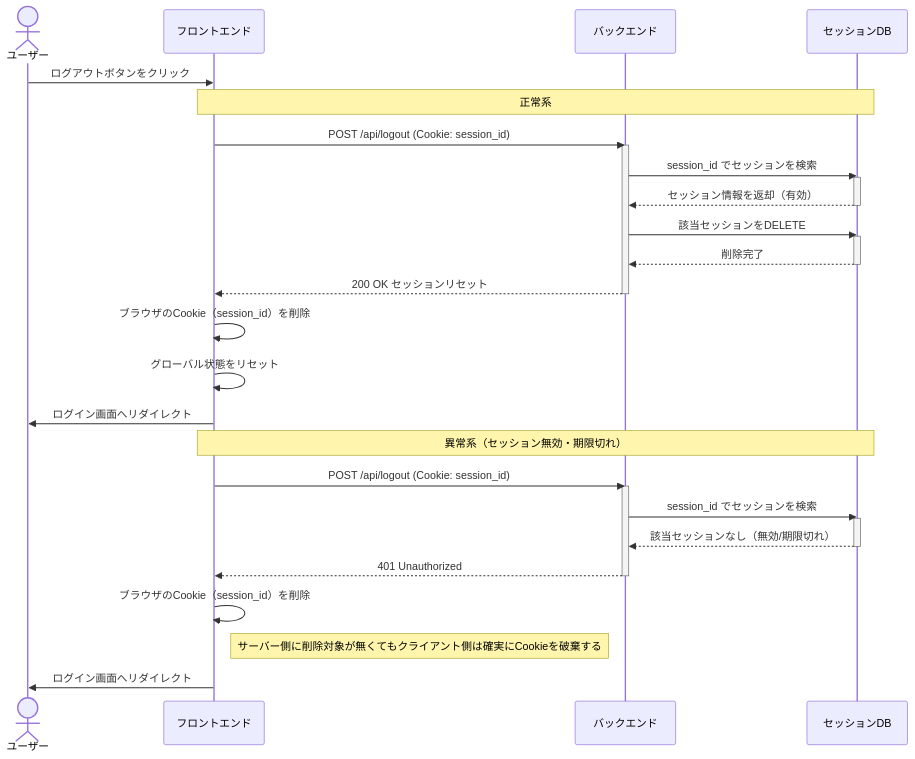
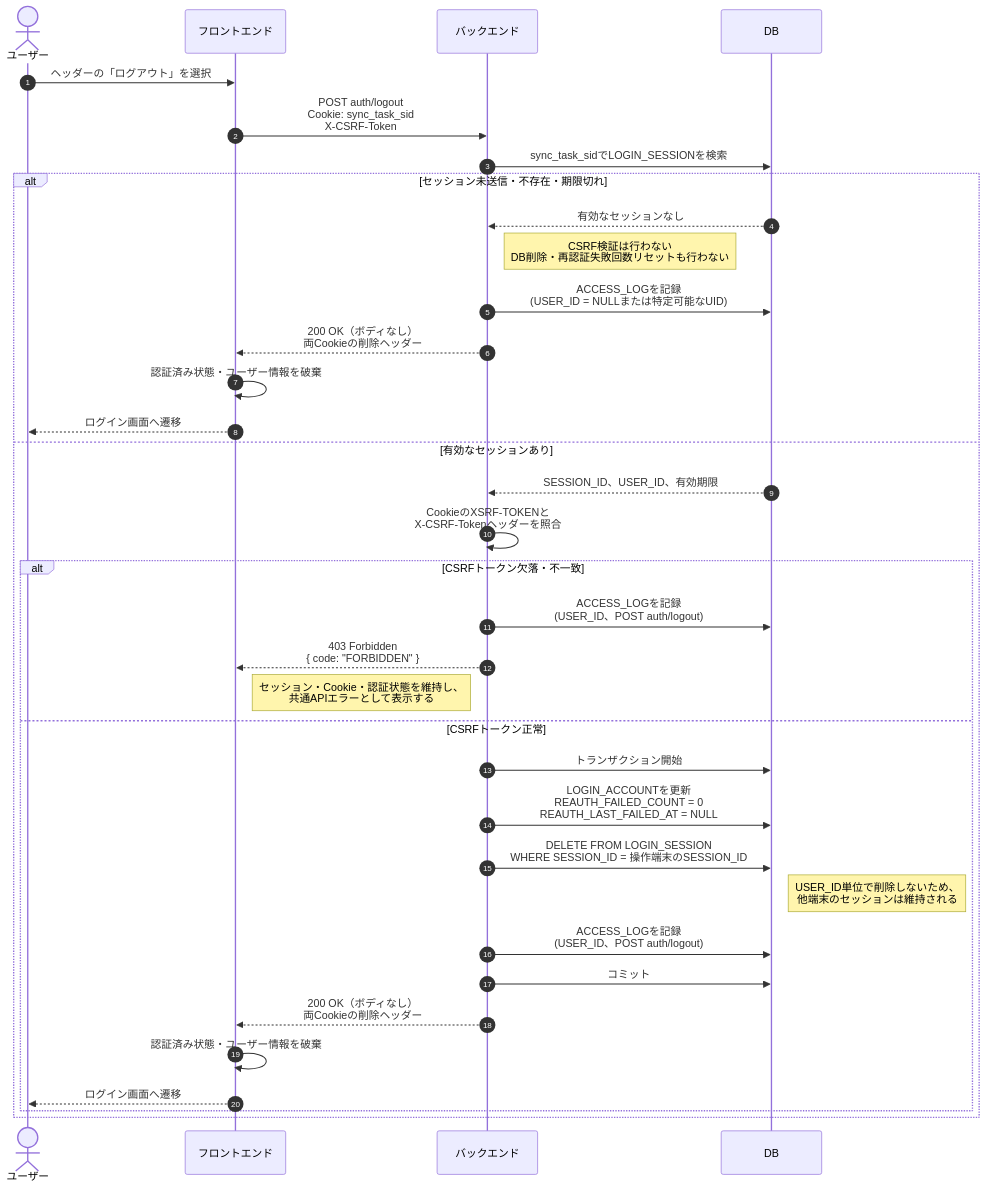
Before and after one commit to TUS-TI-dev-team/SyncTask: the diagram in docs/design/process_design/05_logout.md, drawn with Mermaid. The commit also changed other lines of this file and 7 other files, not shown here.

````diff
--- a/docs/design/process_design/05_logout.md
+++ b/docs/design/process_design/05_logout.md
@@ -3,39 +14,40 @@
 ```mermaid
 sequenceDiagram
+	autonumber
 	actor User as ユーザー
 	participant FE as フロントエンド
 	participant BE as バックエンド
-	participant DB as セッションDB
+	participant DB as DB
 
-	User->>FE: ログアウトボタンをクリック
+	User->>FE: ヘッダーの「ログアウト」を選択
+	FE->>BE: POST auth/logout<br/>Cookie: sync_task_sid<br/>X-CSRF-Token
+	BE->>DB: sync_task_sidでLOGIN_SESSIONを検索
 
-	Note over FE,DB: 正常系
-	FE->>BE: POST /api/logout (Cookie: session_id)
-	activate BE
-	BE->>DB: session_id でセッションを検索
-	activate DB
-	DB-->>BE: セッション情報を返却（有効）
-	deactivate DB
-	BE->>DB: 該当セッションをDELETE
-	activate DB
-	DB-->>BE: 削除完了
-	deactivate DB
-	BE-->>FE: 200 OK セッションリセット
-	deactivate BE
-	FE->>FE: ブラウザのCookie（session_id）を削除
-	FE->>FE: グローバル状態をリセット
-	FE->>User: ログイン画面へリダイレクト
+	alt セッション未送信・不存在・期限切れ
+		DB-->>BE: 有効なセッションなし
+		Note right of BE: CSRF検証は行わない<br/>DB削除・再認証失敗回数リセットも行わない
+		BE->>DB: ACCESS_LOGを記録<br/>(USER_ID = NULLまたは特定可能なUID)
+		BE-->>FE: 200 OK（ボディなし）<br/>両Cookieの削除ヘッダー
+		FE->>FE: 認証済み状態・ユーザー情報を破棄
+		FE-->>User: ログイン画面へ遷移
+	else 有効なセッションあり
+		DB-->>BE: SESSION_ID、USER_ID、有効期限
+		BE->>BE: CookieのXSRF-TOKENと<br/>X-CSRF-Tokenヘッダーを照合
 
-	Note over FE,DB: 異常系（セッション無効・期限切れ）
-	FE->>BE: POST /api/logout (Cookie: session_id)
-	activate BE
-	BE->>DB: session_id でセッションを検索
-	activate DB
-	DB-->>BE: 該当セッションなし（無効/期限切れ）
-	deactivate DB
-	BE-->>FE: 401 Unauthorized
-	deactivate BE
-	FE->>FE: ブラウザのCookie（session_id）を削除
-	Note right of FE: サーバー側に削除対象が無くてもクライアント側は確実にCookieを破棄する
-	FE->>User: ログイン画面へリダイレクト
+		alt CSRFトークン欠落・不一致
+			BE->>DB: ACCESS_LOGを記録<br/>(USER_ID、POST auth/logout)
+			BE-->>FE: 403 Forbidden<br/>{ code: "FORBIDDEN" }
+			Note right of FE: セッション・Cookie・認証状態を維持し、<br/>共通APIエラーとして表示する
+		else CSRFトークン正常
+			BE->>DB: トランザクション開始
+			BE->>DB: LOGIN_ACCOUNTを更新<br/>REAUTH_FAILED_COUNT = 0<br/>REAUTH_LAST_FAILED_AT = NULL
+			BE->>DB: DELETE FROM LOGIN_SESSION<br/>WHERE SESSION_ID = 操作端末のSESSION_ID
+			Note right of DB: USER_ID単位で削除しないため、<br/>他端末のセッションは維持される
+			BE->>DB: ACCESS_LOGを記録<br/>(USER_ID、POST auth/logout)
+			BE->>DB: コミット
+			BE-->>FE: 200 OK（ボディなし）<br/>両Cookieの削除ヘッダー
+			FE->>FE: 認証済み状態・ユーザー情報を破棄
+			FE-->>User: ログイン画面へ遷移
+		end
+	end
 ```
````
